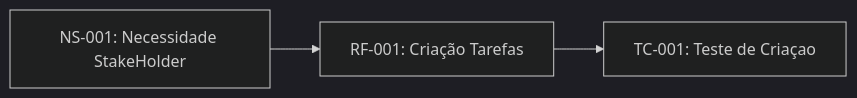
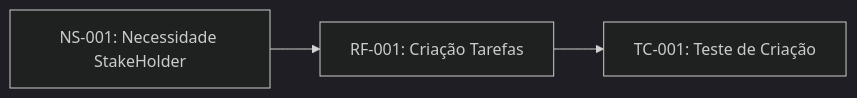
The diagram in ProjetoSGT/README.md (FelipeFerreiraRodrigues/DocumentacaoRequisitos), drawn with Mermaid (dark theme) before and after one commit. The commit also changed other lines of this file, not shown here.

````diff
--- a/ProjetoSGT/README.md
+++ b/ProjetoSGT/README.md
@@ -111,8 +124,8 @@
 ```mermaid
 
 graph LR
 
    NS001["NS-001: Necessidade StakeHolder"] --> RF001["RF-001: Criação Tarefas"] 
-   RF001 --> TC001["TC-001: Teste de Criaçao"]
+   RF001 --> TC001["TC-001: Teste de Criação"]
 
 ``` 
````
